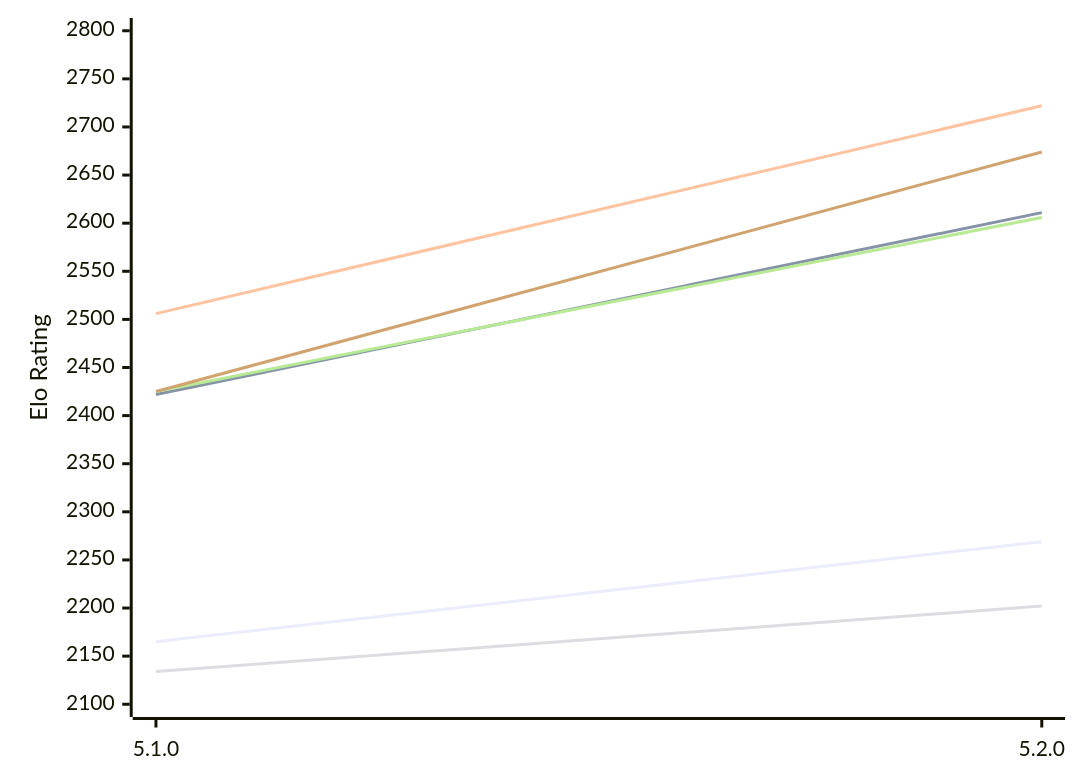
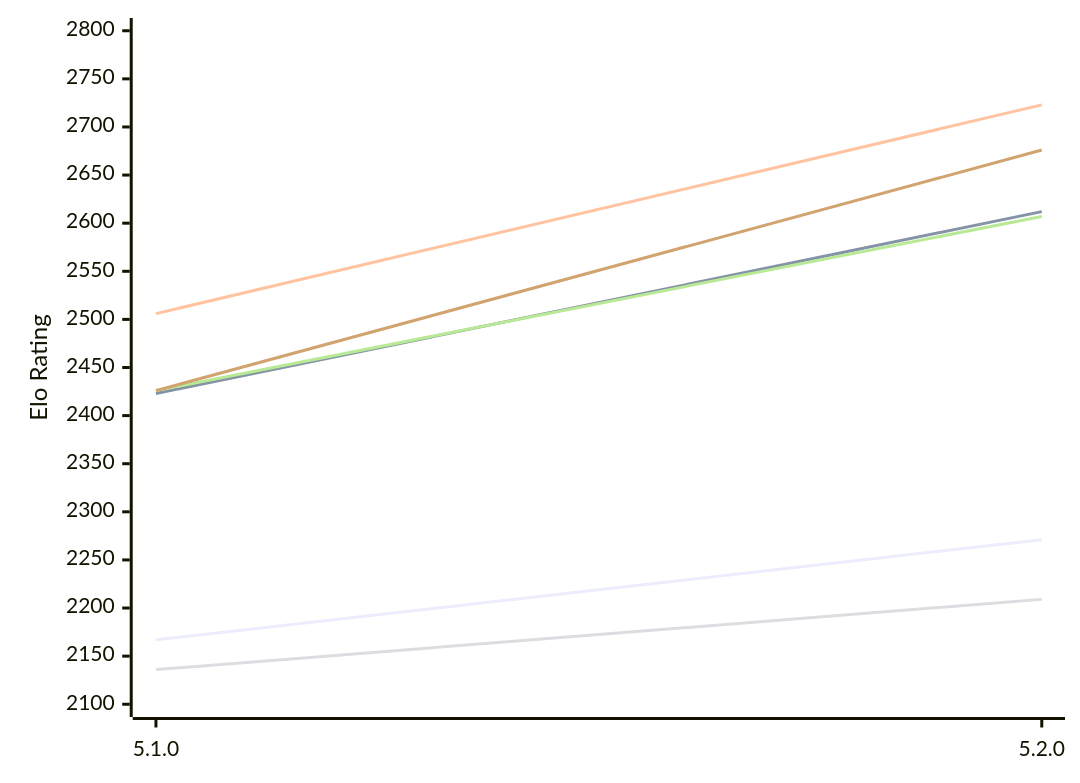
One commit to computer-chess-index/cci changed the first of 2 diagrams in engines/Aconcagua.md. Above: the diagram before and after it, drawn with Mermaid. The commit also changed other lines of this file, not shown here.

Commit message:
Update CCI Ratings (ELO VLTC) - 2026-11-19

````diff
--- a/engines/Aconcagua.md
+++ b/engines/Aconcagua.md
@@ -53,12 +53,12 @@
 ```mermaid
 %%{init: {"theme":"base","themeVariables":{"seriesColors:['#a3a3a3','#222221','#faa371']}}}%%
 xychart-beta
   x-axis ["5.1.0", "5.2.0"]
   y-axis "Elo Rating" 2100 --> 2800
-  line "E1: STC (8.0+0.08s)" [2165, 2269]
-  line "E1: LTC (60.0+0.60s)" [2422, 2611]
-  line "E1: VLTC (2m24s+1.12s)" [2506, 2722]
-  line "P1: STC (8.0+0.08s)" [2134, 2202]
-  line "P1: LTC (60.0+0.60s)" [2425, 2606]
-  line "P1: VLTC (2m24s+1.12s)" [2425, 2674]
+  line "E1: STC (8.0+0.08s)" [2167, 2271]
+  line "E1: LTC (60.0+0.60s)" [2423, 2612]
+  line "E1: VLTC (2m24s+1.12s)" [2506, 2723]
+  line "P1: STC (8.0+0.08s)" [2136, 2209]
+  line "P1: LTC (60.0+0.60s)" [2426, 2607]
+  line "P1: VLTC (2m24s+1.12s)" [2426, 2676]
 ```
````
